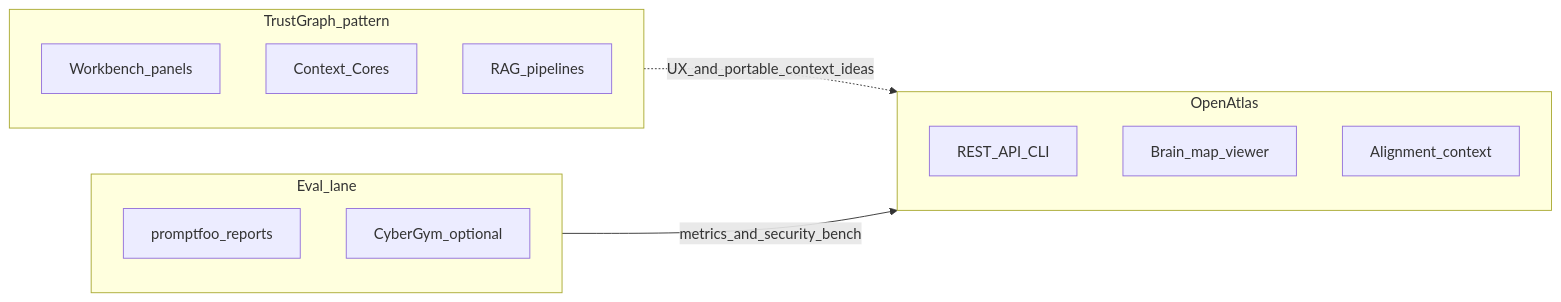
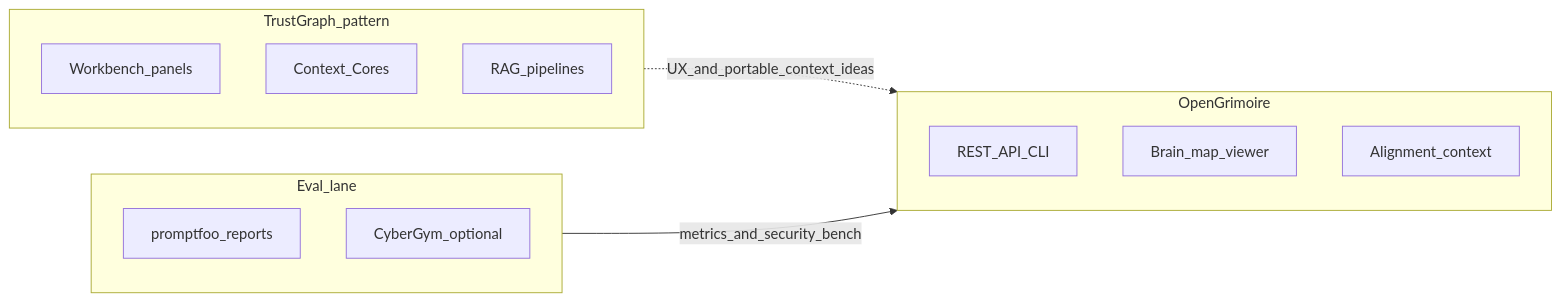
The diagram in .cursor/plans/repo_landscape_reflection_0a147e4f.plan.md (ManintheCrowds/media-ops-platform), drawn with Mermaid before and after one commit. The commit also changed other lines of this file and 40 other files, not shown here.

First line of the commit message:
Update plans and documentation to reflect OpenGrimoire transition

````diff
--- a/.cursor/plans/repo_landscape_reflection_0a147e4f.plan.md
+++ b/.cursor/plans/repo_landscape_reflection_0a147e4f.plan.md
@@ -49,19 +49,19 @@
 ```mermaid
 flowchart LR
-  subgraph openAtlas [OpenAtlas]
+  subgraph openGrimoire [OpenGrimoire]
     REST[REST_API_CLI]
     Brain[Brain_map_viewer]
     Align[Alignment_context]
   end
   subgraph trustGraph [TrustGraph_pattern]
     WB[Workbench_panels]
     CC[Context_Cores]
     RAG[RAG_pipelines]
   end
   subgraph eval [Eval_lane]
     PF[promptfoo_reports]
     CG[CyberGym_optional]
   end
-  trustGraph -.->|"UX_and_portable_context_ideas"| openAtlas
-  eval -->|"metrics_and_security_bench"| openAtlas
+  trustGraph -.->|"UX_and_portable_context_ideas"| openGrimoire
+  eval -->|"metrics_and_security_bench"| openGrimoire
 ```
````
